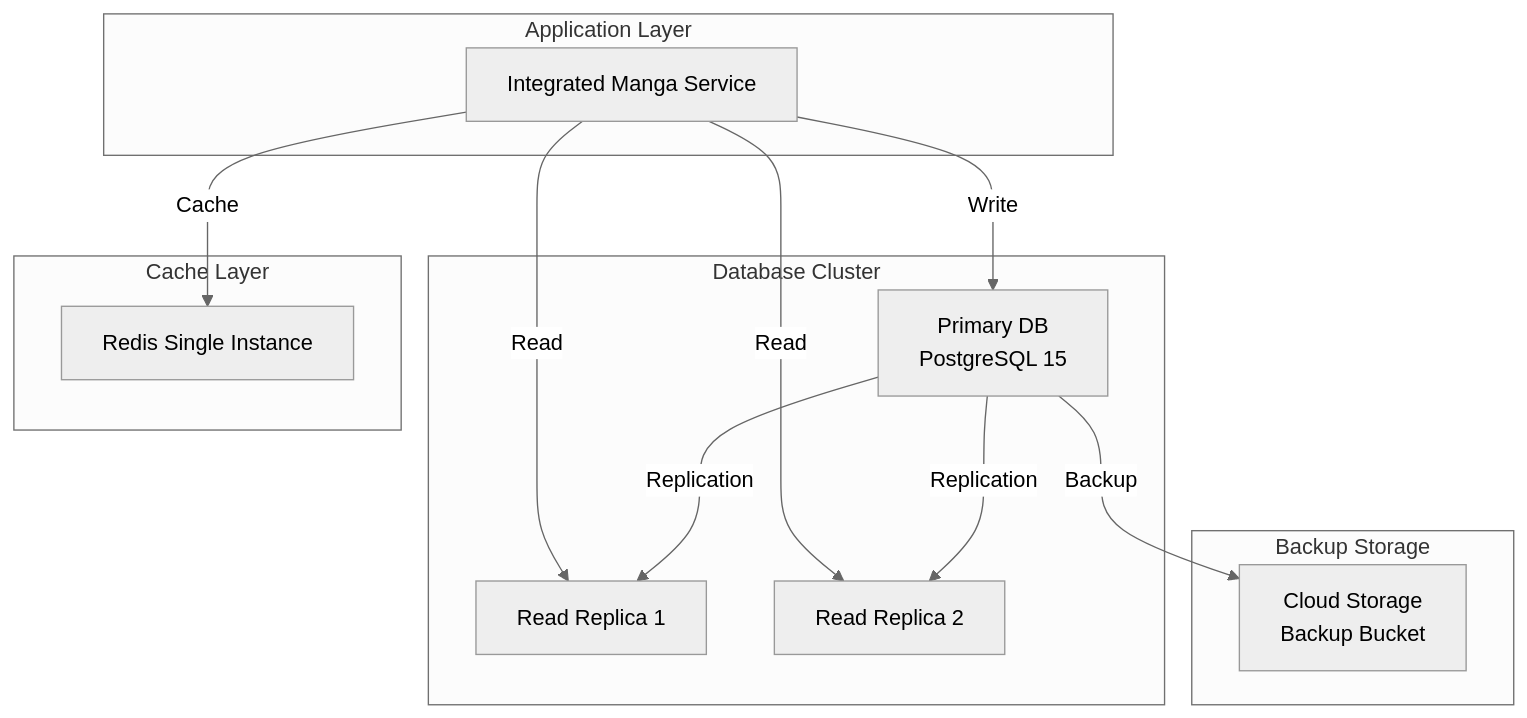
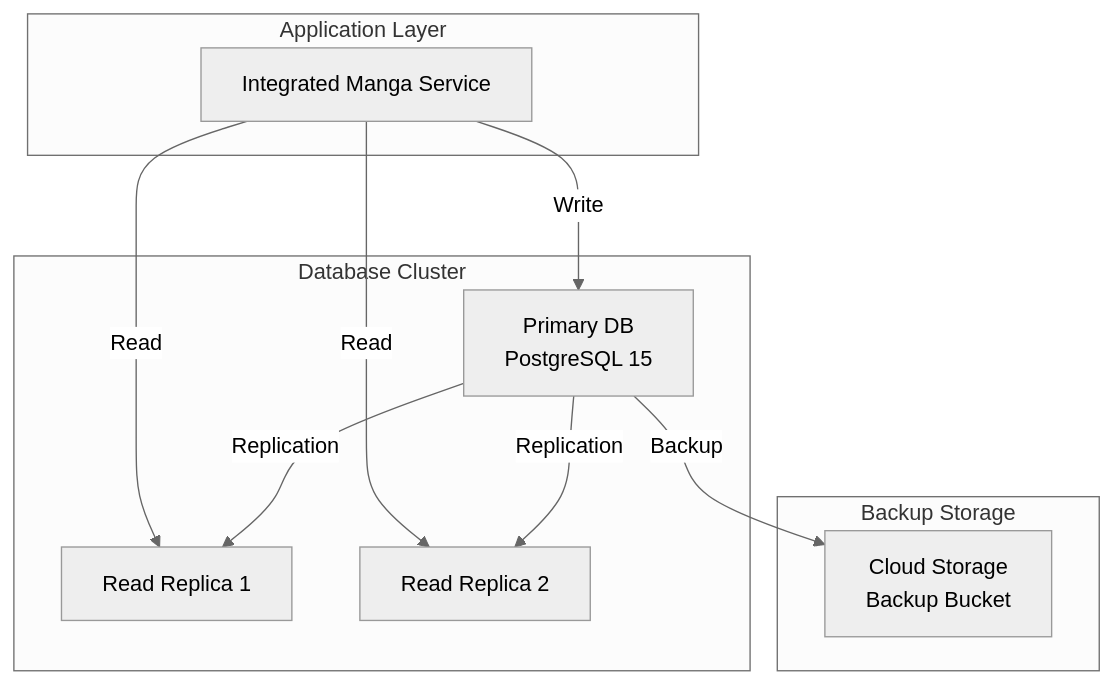
The first of 2 diagrams in docs/06.データベース設計書.md (WLONEGI/AI_Agent_Hackathon_with_Google_Cloud_3rd), drawn with Mermaid (neutral theme) before and after one commit. The commit also changed other lines of this file and 357 other files, not shown here.

````diff
--- a/docs/06.データベース設計書.md
+++ b/docs/06.データベース設計書.md
@@ -43,28 +43,23 @@
 ```mermaid
 graph TB
     subgraph "Application Layer"
         A[Integrated Manga Service]
     end
     
     subgraph "Database Cluster"
         C[Primary DB<br/>PostgreSQL 15]
         D[Read Replica 1]
         E[Read Replica 2]
     end
     
-    subgraph "Cache Layer"
-        F[Redis Single Instance]
-    end
-    
     subgraph "Backup Storage"
         G[Cloud Storage<br/>Backup Bucket]
     end
     
     A -->|Write| C
     A -->|Read| D
     A -->|Read| E
-    A -->|Cache| F
     C -->|Replication| D
     C -->|Replication| E
     C -->|Backup| G
 ```
````
